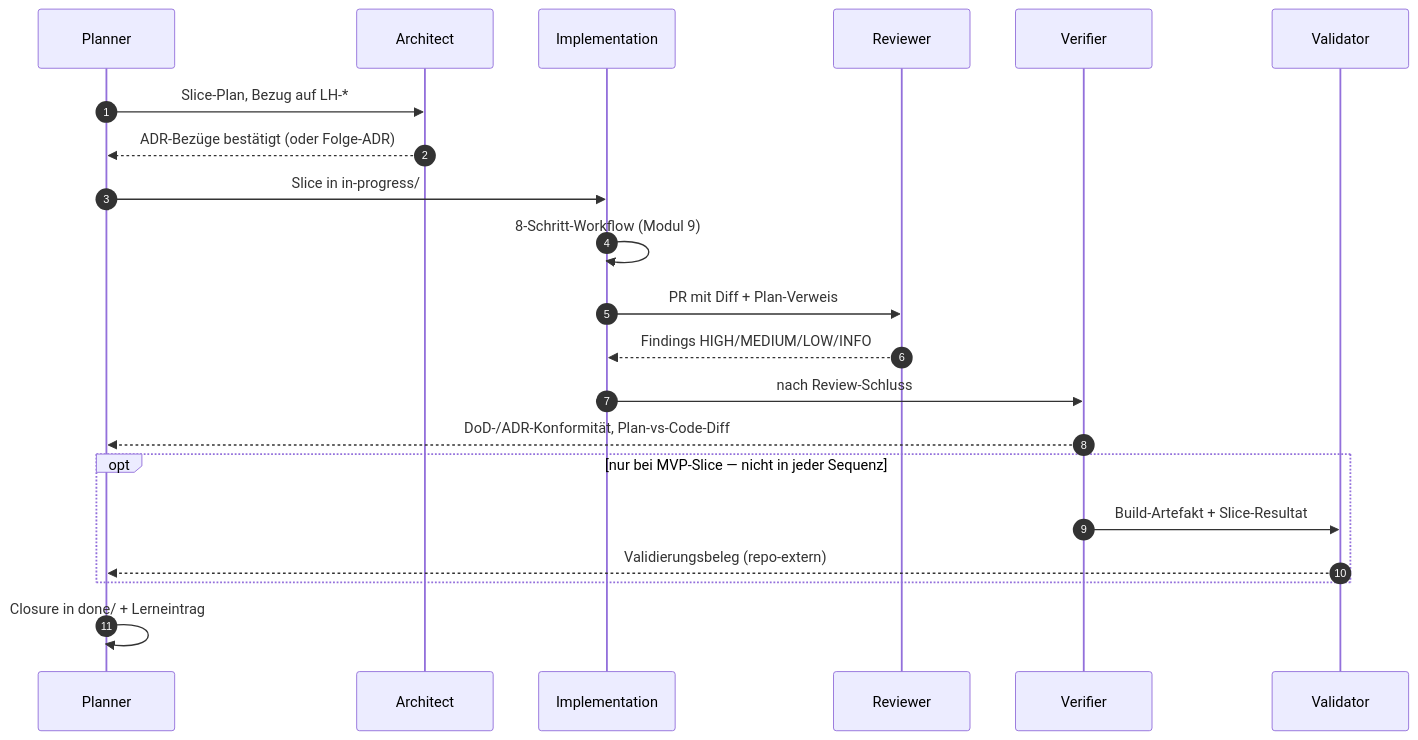
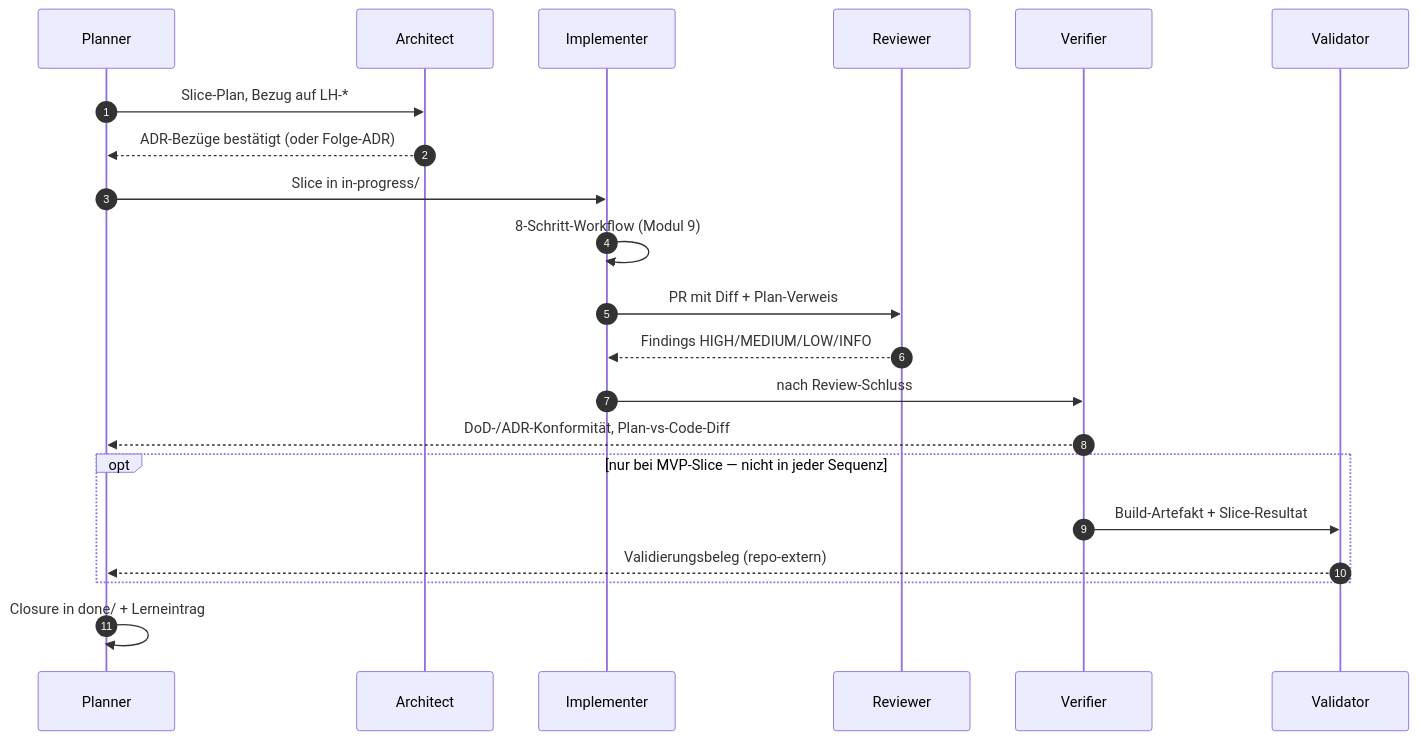
One commit to pt9912/ai-harness-course changed the first of 2 diagrams in kurs/de/03-agenten/modul-08-agentenrollen.md. Above: the diagram before and after it, drawn with Mermaid. The commit also changed other lines of this file and 39 other files, not shown here.

````diff
--- a/kurs/de/03-agenten/modul-08-agentenrollen.md
+++ b/kurs/de/03-agenten/modul-08-agentenrollen.md
@@ -39,24 +39,24 @@
 ```mermaid
 sequenceDiagram
     autonumber
     participant P as Planner
     participant A as Architect
-    participant I as Implementation
+    participant I as Implementer
     participant R as Reviewer
     participant Vf as Verifier
     participant Vl as Validator
 
     P->>A: Slice-Plan, Bezug auf LH-*
     A-->>P: ADR-Bezüge bestätigt (oder Folge-ADR)
     P->>I: Slice in in-progress/
     I->>I: 8-Schritt-Workflow (Modul 9)
     I->>R: PR mit Diff + Plan-Verweis
     R-->>I: Findings HIGH/MEDIUM/LOW/INFO
     I->>Vf: nach Review-Schluss
     Vf-->>P: DoD-/ADR-Konformität, Plan-vs-Code-Diff
     opt nur bei MVP-Slice — nicht in jeder Sequenz
         Vf->>Vl: Build-Artefakt + Slice-Resultat
         Vl-->>P: Validierungsbeleg (repo-extern)
     end
     P->>P: Closure in done/ + Lerneintrag
 ```
````
